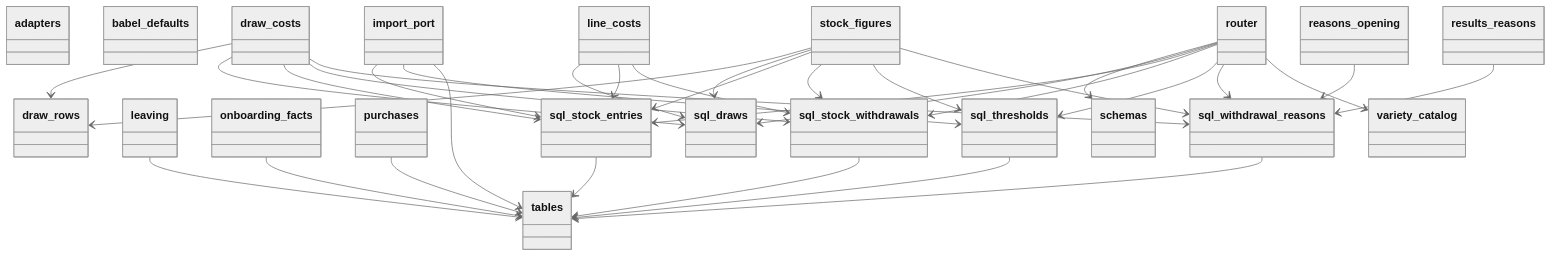
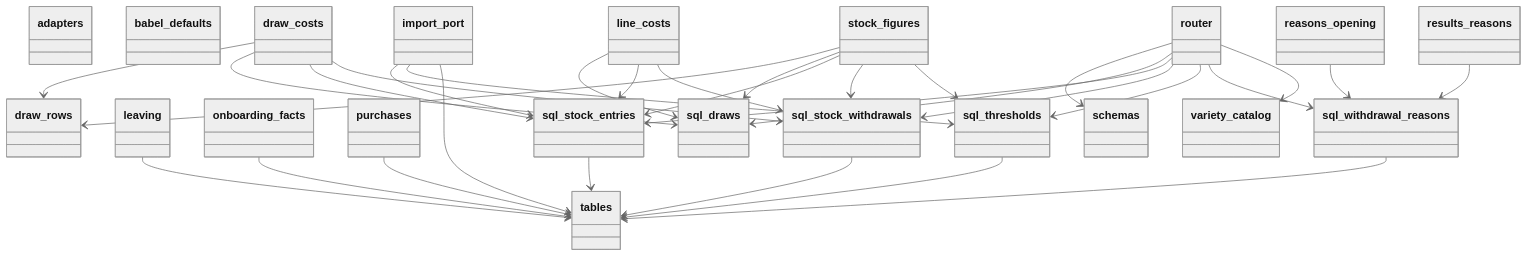
Before and after one commit to GonzaloZevallos/apostrophe: the third of 6 diagrams in docs/architecture/generated/classes/stock.md, drawn with Mermaid (neutral theme). The commit also changed other lines of this file and 4 other files, not shown here.

Commit message:
Regenerate the API and architecture docs for the reason link

````diff
--- a/docs/architecture/generated/classes/stock.md
+++ b/docs/architecture/generated/classes/stock.md
@@ -92,78 +91,76 @@
 ```mermaid
 classDiagram
   class adapters {
   }
   class babel_defaults {
   }
   class draw_costs {
   }
   class draw_rows {
   }
   class import_port {
   }
   class leaving {
   }
   class line_costs {
   }
   class onboarding_facts {
   }
   class purchases {
   }
   class reasons_opening {
   }
   class results_reasons {
   }
   class router {
   }
   class schemas {
   }
   class sql_draws {
   }
   class sql_stock_entries {
   }
   class sql_stock_withdrawals {
   }
   class sql_thresholds {
   }
   class sql_withdrawal_reasons {
   }
   class stock_figures {
   }
   class tables {
   }
   class variety_catalog {
   }
   draw_costs --> draw_rows
   draw_costs --> sql_draws
   draw_costs --> sql_stock_entries
   draw_costs --> sql_stock_withdrawals
-  draw_costs --> sql_withdrawal_reasons
   import_port --> sql_stock_entries
   import_port --> sql_thresholds
   import_port --> tables
   leaving --> tables
   line_costs --> sql_draws
   line_costs --> sql_stock_entries
   line_costs --> sql_stock_withdrawals
   onboarding_facts --> tables
   purchases --> tables
   reasons_opening --> sql_withdrawal_reasons
   results_reasons --> sql_withdrawal_reasons
   router --> schemas
   router --> sql_draws
   router --> sql_stock_entries
   router --> sql_stock_withdrawals
   router --> sql_thresholds
   router --> sql_withdrawal_reasons
   router --> variety_catalog
   sql_stock_entries --> tables
   sql_stock_withdrawals --> tables
   sql_thresholds --> tables
   sql_withdrawal_reasons --> tables
   stock_figures --> draw_rows
   stock_figures --> sql_draws
   stock_figures --> sql_stock_entries
   stock_figures --> sql_stock_withdrawals
   stock_figures --> sql_thresholds
-  stock_figures --> sql_withdrawal_reasons
 ```
````
